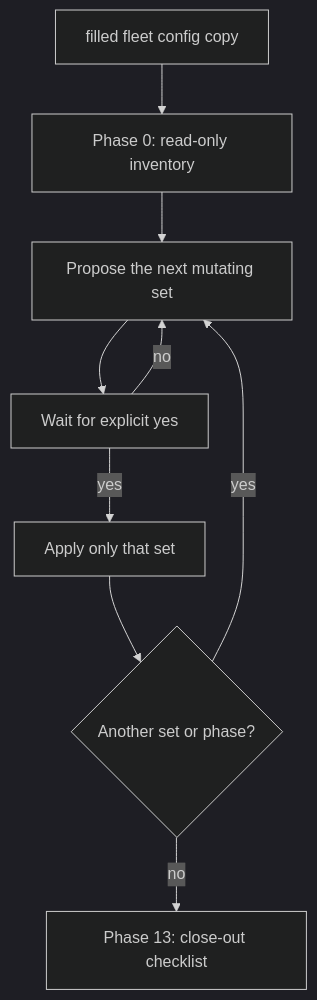
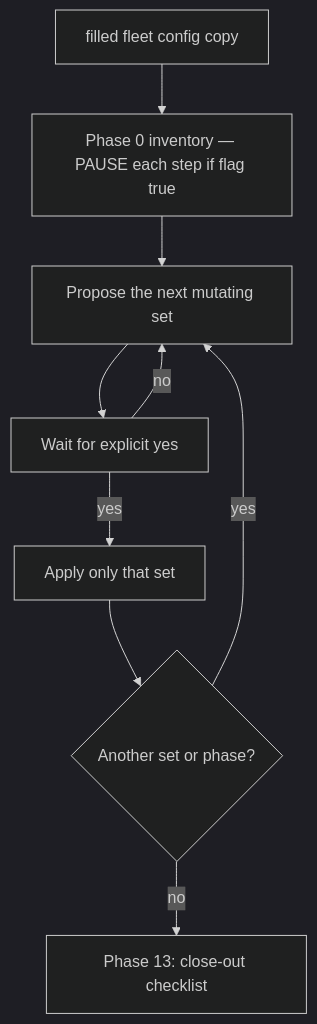
Before and after one commit to rickgorman/agent-files: the diagram in grok-bot/fleet-spring-clean/README.md, drawn with Mermaid (dark theme). The commit also changed other lines of this file and 1 other file, not shown here.

First line of the commit message:
Add SHOULD_PAUSE_DURING_EVERY_STEP and a PAUSE line on every step

````diff
--- a/grok-bot/fleet-spring-clean/README.md
+++ b/grok-bot/fleet-spring-clean/README.md
@@ -19,11 +19,11 @@
 ```mermaid
 flowchart TD
-  cfg["filled fleet config copy"] --> inv["Phase 0: read-only inventory"]
+  cfg["filled fleet config copy"] --> inv["Phase 0 inventory — PAUSE each step if flag true"]
   inv --> propose["Propose the next mutating set"]
   propose --> wait["Wait for explicit yes"]
   wait -->|no| propose
   wait -->|yes| apply["Apply only that set"]
   apply --> more{"Another set or phase?"}
   more -->|yes| propose
   more -->|no| done["Phase 13: close-out checklist"]
 ```
````
